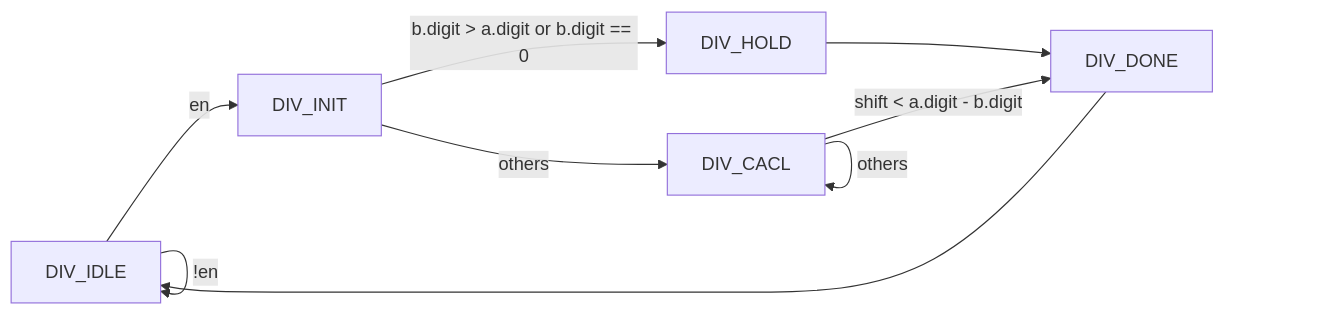
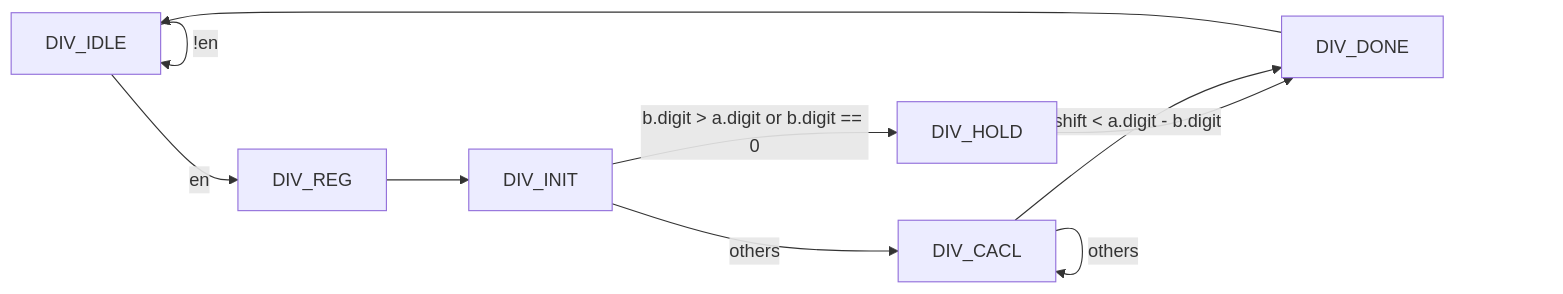
The fifth of 6 diagrams in report/report.md (JYJSXX/AmberCPU), drawn with Mermaid before and after one commit. The commit also changed other lines of this file and 1 other file, not shown here.

````diff
--- a/report/report.md
+++ b/report/report.md
@@ -138,7 +138,7 @@
 ```mermaid
 graph LR
-DIV_IDLE --en--> DIV_INIT -- b.digit > a.digit or b.digit == 0-->DIV_HOLD --> DIV_DONE -->DIV_IDLE
+DIV_IDLE --en--> DIV_REG --> DIV_INIT -- b.digit > a.digit or b.digit == 0-->DIV_HOLD --> DIV_DONE -->DIV_IDLE
 DIV_IDLE --!en--> DIV_IDLE
 DIV_INIT -- others-->DIV_CACL -- shift < a.digit - b.digit --> DIV_DONE
 DIV_CACL -- others--> DIV_CACL
 ```
````
